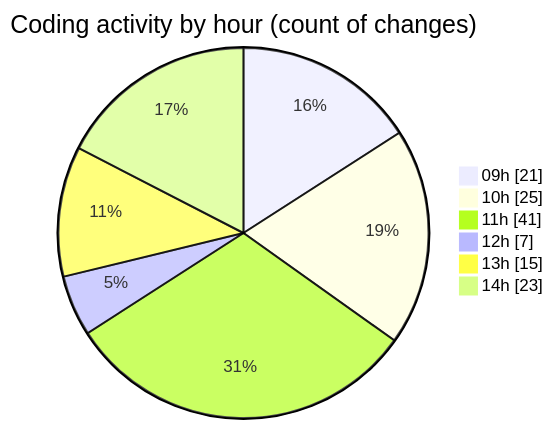
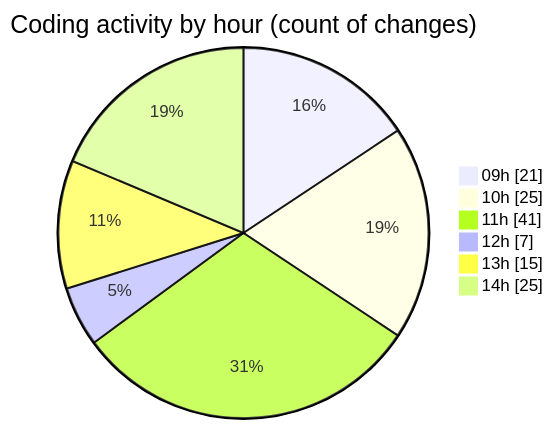
Before and after one commit to momahboobian/code-tracking: the second of 2 diagrams in 2025-12-01/cda/README.md, drawn with Mermaid. The commit also changed other lines of this file and 1 other file, not shown here.

````diff
--- a/2025-12-01/cda/README.md
+++ b/2025-12-01/cda/README.md
@@ -48,10 +48,10 @@
 ```mermaid
 pie showData
 title Coding activity by hour (count of changes)
 "09h" : 21
 "10h" : 25
 "11h" : 41
 "12h" : 7
 "13h" : 15
-"14h" : 23
+"14h" : 25
 ```
````
